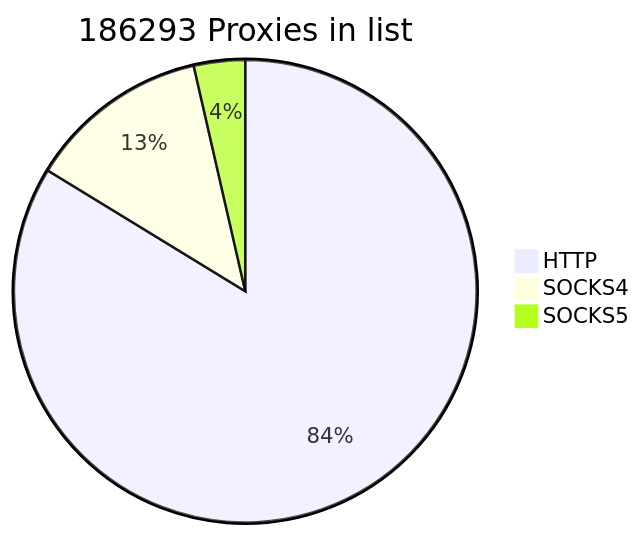
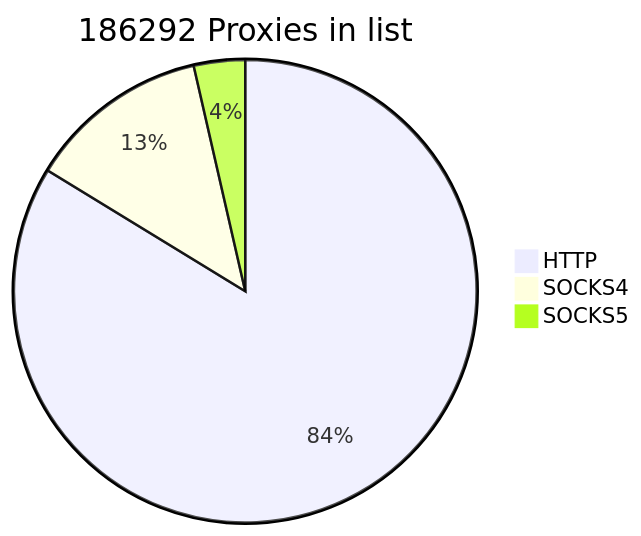
One commit to cutipu/proxylist changed the first of 2 diagrams in README.md. Above: the diagram before and after it, drawn with Mermaid. The commit also changed other lines of this file, not shown here.

````diff
--- a/README.md
+++ b/README.md
@@ -2,7 +2,7 @@
 ```mermaid
-pie title 186293 Proxies in list
+pie title 186292 Proxies in list
     "HTTP" : 155987
-    "SOCKS4" : 23636
+    "SOCKS4" : 23635
     "SOCKS5" : 6670
             
 ```
````
